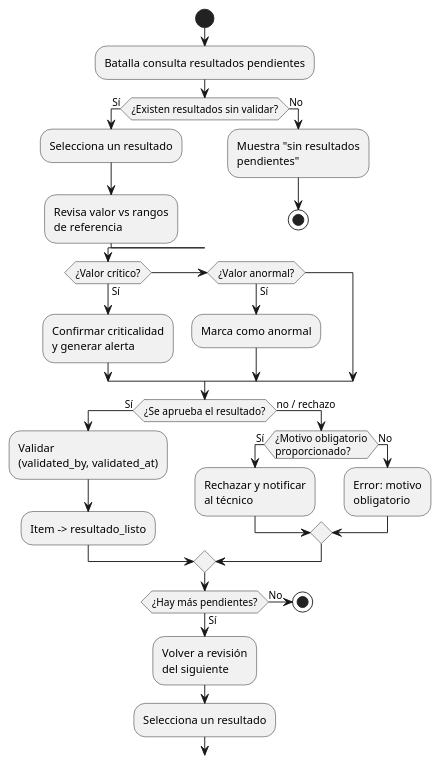
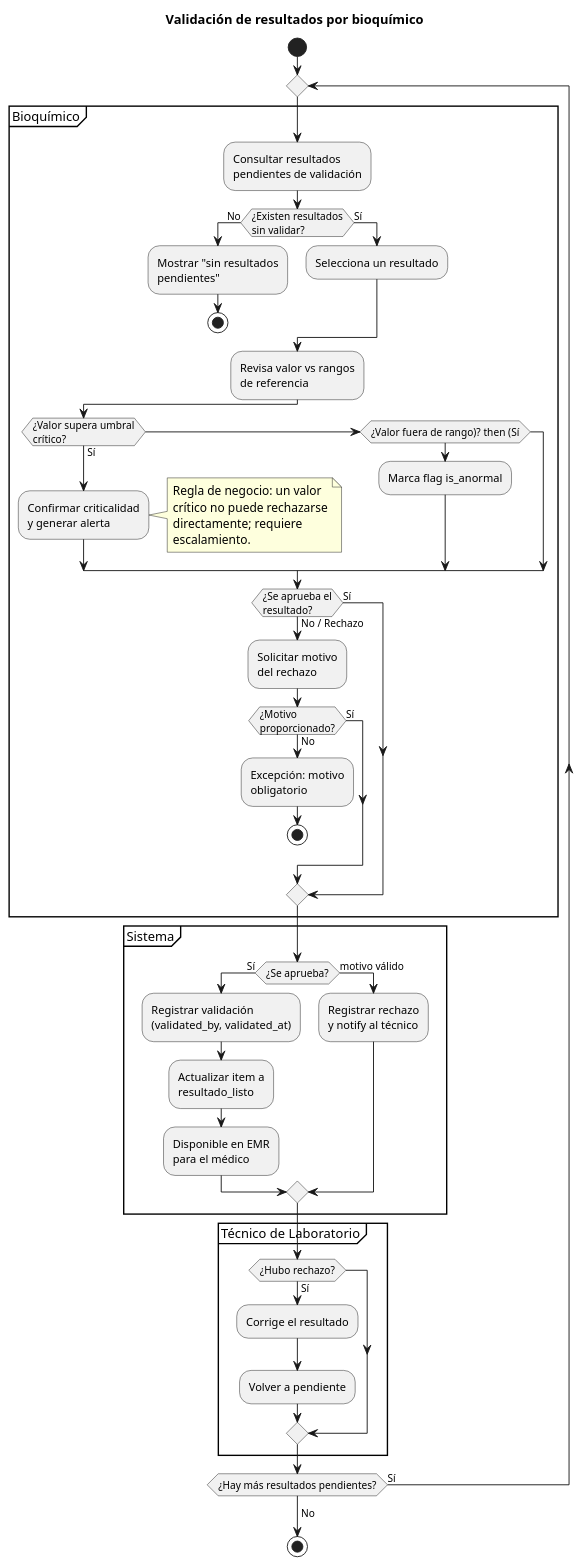
One commit to gioore/asii20-microhis-validacion-bioquimico-tareas changed the diagram in tarea1-uml/actividad.puml. Above: the diagram before and after it, drawn with PlantUML. The commit also changed 1 other file, not shown here.

Commit message:
tarea1: rebuild activity diagram with swimlanes, business rules and correction cycle (review)

```diff
--- a/tarea1-uml/actividad.puml
+++ b/tarea1-uml/actividad.puml
@@ -1,36 +1,55 @@
 @startuml
+title Validación de resultados por bioquímico
 start
-:Batalla consulta resultados pendientes;
+repeat
+  partition "Bioquímico" {
+    :Consultar resultados\npendientes de validación;
+    if (¿Existen resultados\nsin validar?) then (No)
+      :Mostrar "sin resultados\npendientes";
+      stop
+    else (Sí)
+      :Selecciona un resultado;
+    endif
+    :Revisa valor vs rangos\nde referencia;
+    if (¿Valor supera umbral\ncrítico?) then (Sí)
+      :Confirmar criticalidad\ny generar alerta;
+      note right
+        Regla de negocio: un valor
+        crítico no puede rechazarse
+        directamente; requiere
+        escalamiento.
+      end note
+    elseif (¿Valor fuera de rango)? then (Sí)
+      :Marca flag is_anormal;
+    endif
+    if (¿Se aprueba el\nresultado?) then (Sí)
+    else (No / Rechazo)
+      :Solicitar motivo\ndel rechazo;
+      if (¿Motivo\nproporcionado?) then (Sí)
+      else (No)
+        :Excepción: motivo\nobligatorio;
+        stop
+      endif
+    endif
+  }
 
-if (¿Existen resultados sin validar?) then (Sí)
-  :Selecciona un resultado;
-  :Revisa valor vs rangos\nde referencia;
-else (No)
-  :Muestra "sin resultados\npendientes";
-  stop
-endif
+  partition "Sistema" {
+    if (¿Se aprueba?) then (Sí)
+      :Registrar validación\n(validated_by, validated_at);
+      :Actualizar item a\nresultado_listo;
+      :Disponible en EMR\npara el médico;
+    else (motivo válido)
+      :Registrar rechazo\ny notify al técnico;
+    endif
+  }
 
-if (¿Valor crítico?) then (Sí)
-  :Confirmar criticalidad\ny generar alerta;
-elseif (¿Valor anormal?) then (Sí)
-  :Marca como anormal;
-endif
-
-if (¿Se aprueba el resultado?) then (Sí)
-  :Validar\n(validated_by, validated_at);
-  :Item -> resultado_listo;
-else (no / rechazo)
-  if (¿Motivo obligatorio\nproporcionado?) then (Sí)
-    :Rechazar y notificar\nal técnico;
-  else (No)
-    :Error: motivo\nobligatorio;
-  endif
-endif
-
-if (¿Hay más pendientes?) then (Sí)
-  :Volver a revisión\ndel siguiente;
-  :Selecciona un resultado;
-else (No)
-  stop
-endif
+  partition "Técnico de Laboratorio" {
+    if (¿Hubo rechazo?) then (Sí)
+      :Corrige el resultado;
+      :Volver a pendiente;
+    endif
+  }
+repeat while (¿Hay más resultados pendientes?) is (Sí)
+-> No;
+stop
 @enduml
```
